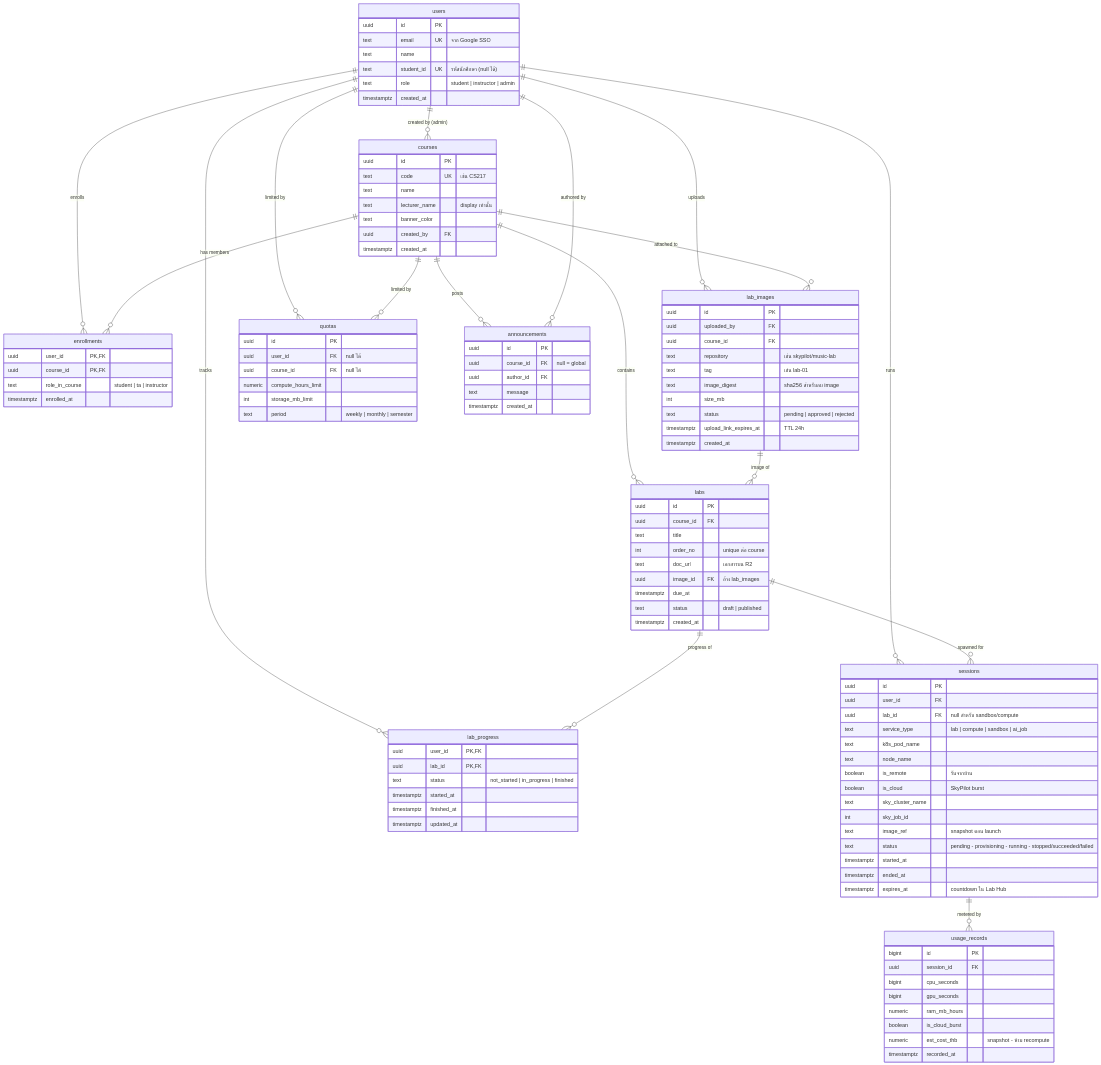
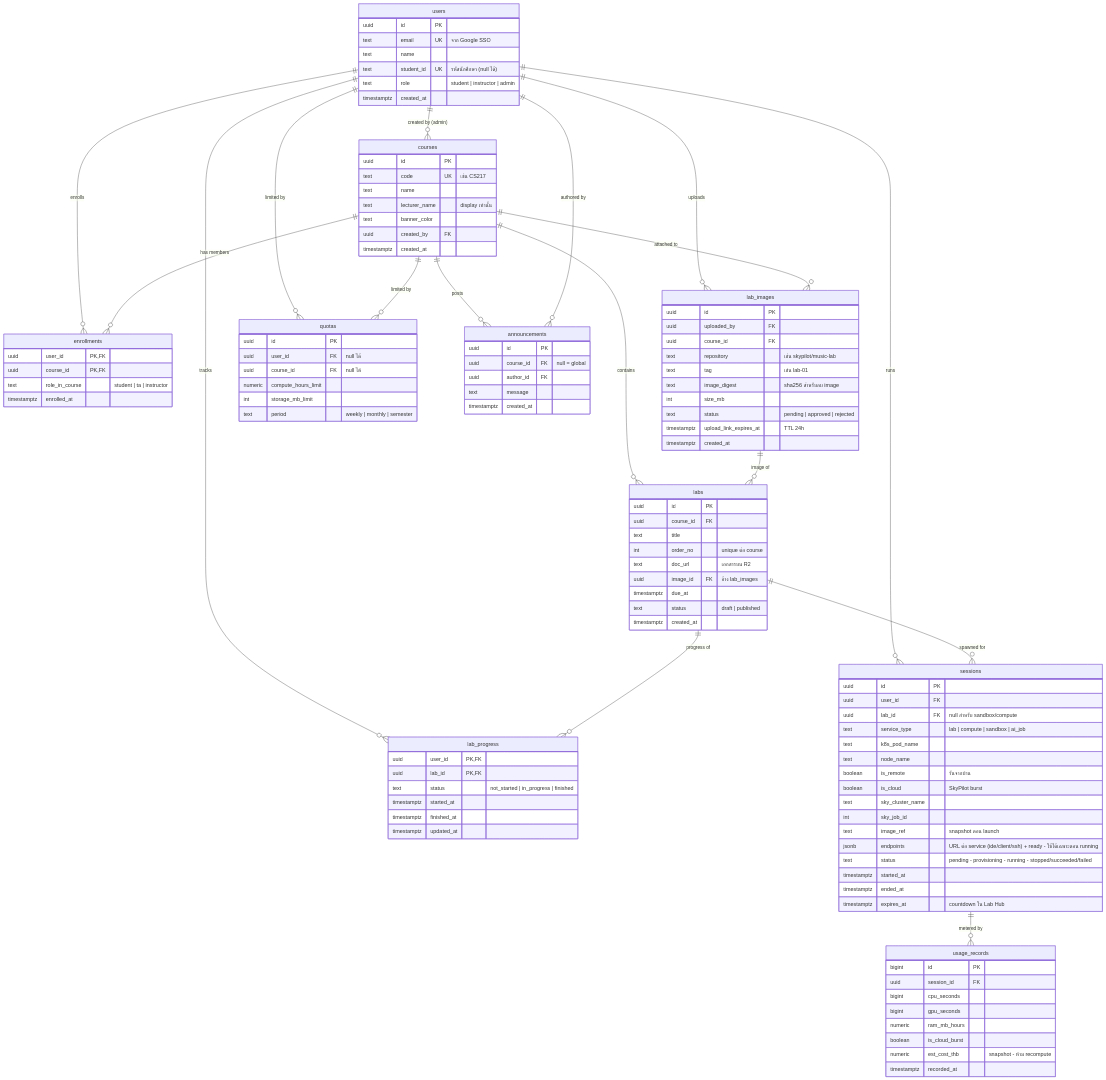
One commit to NawapatThumthaisong97/VirtualLabtest changed the diagram in docs/DB_DIAGRAM.md. Above: the diagram before and after it, drawn with Mermaid.

Commit message:
Add endpoints (jsonb) column to sessions in ER diagram
Per-service URLs (ide/client/ssh) generated at launch live on the
session row — same lifecycle as the pod, links rendered only while
status is running.

```diff
--- a/docs/DB_DIAGRAM.md
+++ b/docs/DB_DIAGRAM.md
@@ -76,6 +76,7 @@
     text sky_cluster_name
     int sky_job_id
     text image_ref "snapshot ตอน launch"
+    jsonb endpoints "URL ต่อ service (ide/client/ssh) + ready - ใช้ได้เฉพาะตอน running"
     text status "pending - provisioning - running - stopped/succeeded/failed"
     timestamptz started_at
     timestamptz ended_at
```
